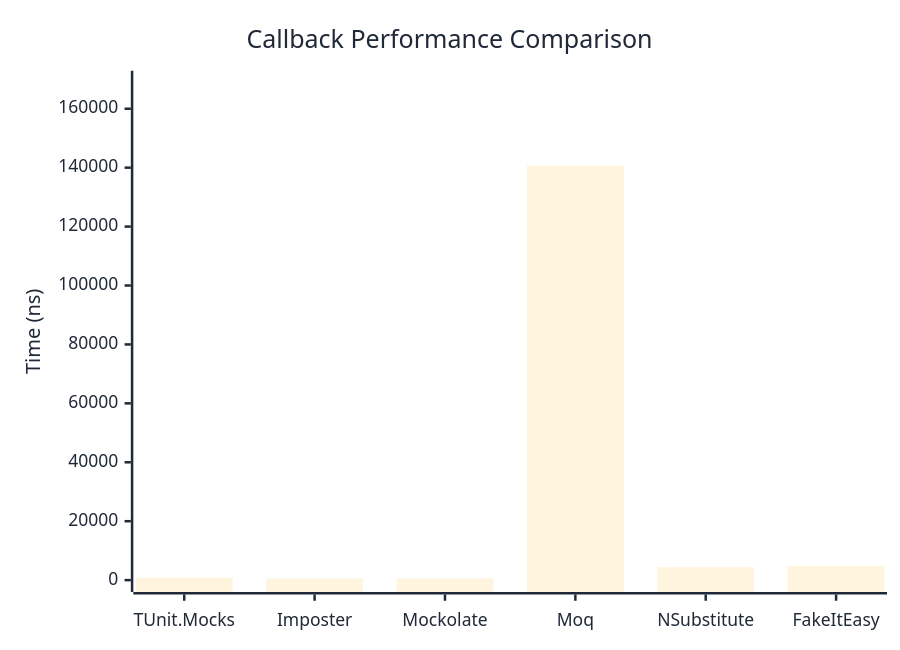
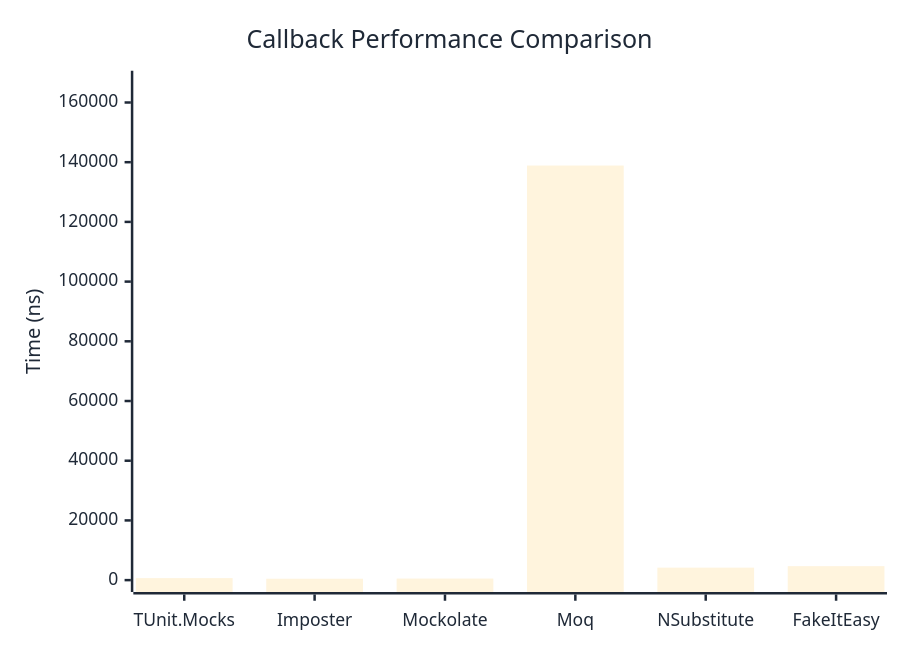
One commit to thomhurst/TUnit changed the first of 2 diagrams in docs/docs/benchmarks/mocks/Callback.md. Above: the diagram before and after it, drawn with Mermaid. The commit also changed other lines of this file and 14 other files, not shown here.

````diff
--- a/docs/docs/benchmarks/mocks/Callback.md
+++ b/docs/docs/benchmarks/mocks/Callback.md
@@ -28,27 +28,27 @@
 ```mermaid
 %%{init: {
   'theme':'base',
   'themeVariables': {
     'primaryColor': '#2563eb',
     'primaryTextColor': '#1f2937',
     'primaryBorderColor': '#1e40af',
     'lineColor': '#6b7280',
     'secondaryColor': '#7c3aed',
     'tertiaryColor': '#dc2626',
     'background': '#ffffff',
     'pie1': '#2563eb',
     'pie2': '#7c3aed',
     'pie3': '#dc2626',
     'pie4': '#f59e0b',
     'pie5': '#10b981',
     'pie6': '#06b6d4',
     'pie7': '#ec4899',
     'pie8': '#6366f1'
   }
 }}%%
 xychart-beta
   title "Callback Performance Comparison"
   x-axis ["TUnit.Mocks", "Imposter", "Mockolate", "Moq", "NSubstitute", "FakeItEasy"]
-  y-axis "Time (ns)" 0 --> 168863
-  bar [804.2, 540.4, 587.6, 140719.1, 4414.2, 4868.8]
+  y-axis "Time (ns)" 0 --> 166656
+  bar [682.4, 468.4, 519, 138879.3, 4185.1, 4675.3]
 ```
````
